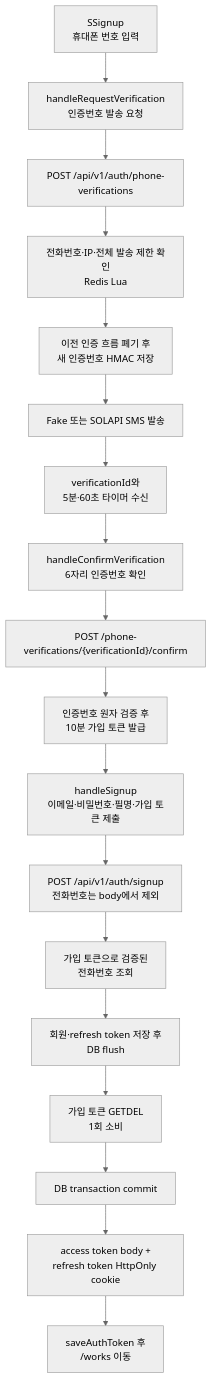
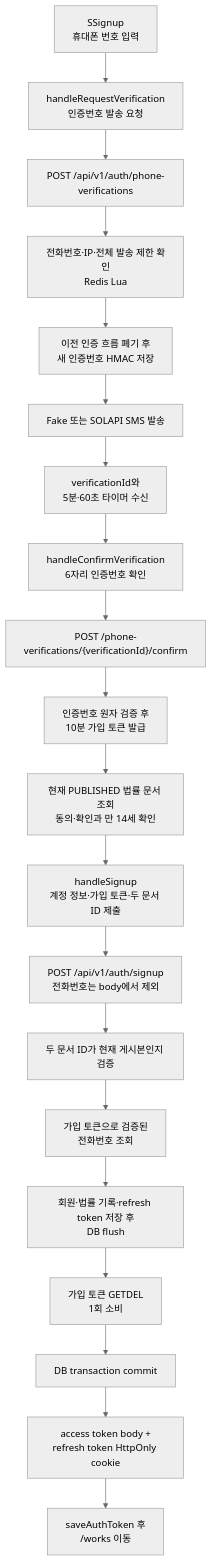
The first of 4 diagrams in docs/signup-workflow.md (catchhole-soma/catchhole-backend-java), drawn with Mermaid (neutral theme) before and after one commit. The commit also changed other lines of this file and 37 other files, not shown here.

````diff
--- a/docs/signup-workflow.md
+++ b/docs/signup-workflow.md
@@ -25,20 +26,22 @@
 ```mermaid
 flowchart TD
     A["SSignup<br/>휴대폰 번호 입력"] --> B["handleRequestVerification<br/>인증번호 발송 요청"]
     B --> C["POST /api/v1/auth/phone-verifications"]
     C --> D["전화번호·IP·전체 발송 제한 확인<br/>Redis Lua"]
     D --> E["이전 인증 흐름 폐기 후<br/>새 인증번호 HMAC 저장"]
     E --> F["Fake 또는 SOLAPI SMS 발송"]
     F --> G["verificationId와<br/>5분·60초 타이머 수신"]
     G --> H["handleConfirmVerification<br/>6자리 인증번호 확인"]
     H --> I["POST /phone-verifications/{verificationId}/confirm"]
     I --> J["인증번호 원자 검증 후<br/>10분 가입 토큰 발급"]
-    J --> K["handleSignup<br/>이메일·비밀번호·필명·가입 토큰 제출"]
-    K --> L["POST /api/v1/auth/signup<br/>전화번호는 body에서 제외"]
-    L --> M["가입 토큰으로 검증된<br/>전화번호 조회"]
-    M --> N["회원·refresh token 저장 후<br/>DB flush"]
-    N --> O["가입 토큰 GETDEL<br/>1회 소비"]
-    O --> P["DB transaction commit"]
-    P --> Q["access token body +<br/>refresh token HttpOnly cookie"]
-    Q --> R["saveAuthToken 후<br/>/works 이동"]
+    J --> K["현재 PUBLISHED 법률 문서 조회<br/>동의·확인과 만 14세 확인"]
+    K --> L["handleSignup<br/>계정 정보·가입 토큰·두 문서 ID 제출"]
+    L --> M["POST /api/v1/auth/signup<br/>전화번호는 body에서 제외"]
+    M --> N["두 문서 ID가 현재 게시본인지 검증"]
+    N --> O["가입 토큰으로 검증된<br/>전화번호 조회"]
+    O --> P["회원·법률 기록·refresh token 저장 후<br/>DB flush"]
+    P --> Q["가입 토큰 GETDEL<br/>1회 소비"]
+    Q --> R["DB transaction commit"]
+    R --> S["access token body +<br/>refresh token HttpOnly cookie"]
+    S --> T["saveAuthToken 후<br/>/works 이동"]
 ```
````
